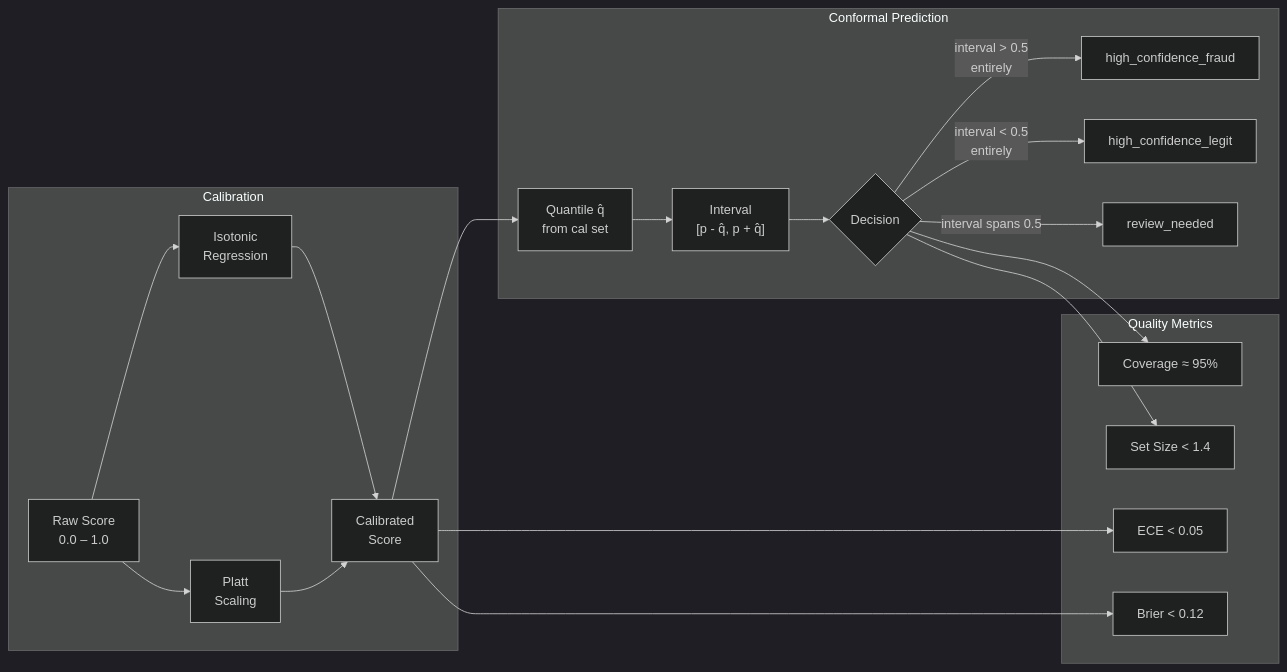
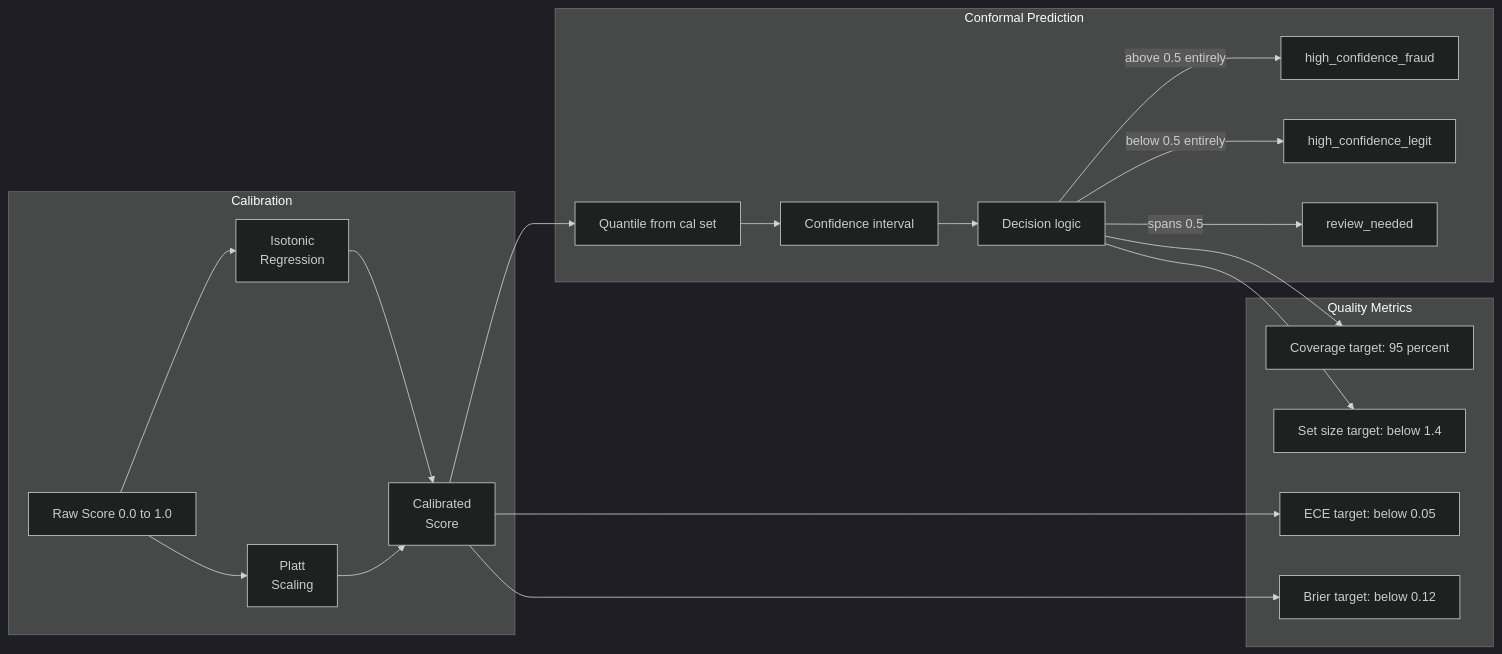
The seventh of 16 diagrams in ARCHITECTURE.md (AngelP17/Rift), drawn with Mermaid (dark theme) before and after one commit. The commit also changed other lines of this file, not shown here.

````diff
--- a/ARCHITECTURE.md
+++ b/ARCHITECTURE.md
@@ -205,25 +261,25 @@
 ```mermaid
 flowchart LR
     subgraph calibration ["Calibration"]
-        RS[Raw Score<br/>0.0 – 1.0] --> ISO[Isotonic<br/>Regression]
+        RS["Raw Score 0.0 to 1.0"] --> ISO[Isotonic<br/>Regression]
         RS --> PL[Platt<br/>Scaling]
         ISO --> CS[Calibrated<br/>Score]
         PL --> CS
     end
 
     subgraph conformal ["Conformal Prediction"]
-        CS --> QH["Quantile q̂<br/>from cal set"]
-        QH --> INT["Interval<br/>[p - q̂, p + q̂]"]
-        INT --> DEC{Decision}
-        DEC -->|"interval > 0.5<br/>entirely"| HCF[high_confidence_fraud]
-        DEC -->|"interval < 0.5<br/>entirely"| HCL[high_confidence_legit]
-        DEC -->|"interval spans 0.5"| RN[review_needed]
+        CS --> QH["Quantile from cal set"]
+        QH --> INT["Confidence interval"]
+        INT --> DEC["Decision logic"]
+        DEC -->|"above 0.5 entirely"| HCF[high_confidence_fraud]
+        DEC -->|"below 0.5 entirely"| HCL[high_confidence_legit]
+        DEC -->|"spans 0.5"| RN[review_needed]
     end
 
     subgraph metrics ["Quality Metrics"]
-        CS --> ECE[ECE < 0.05]
-        CS --> BRIER[Brier < 0.12]
-        DEC --> COV[Coverage ≈ 95%]
-        DEC --> SS[Set Size < 1.4]
+        CS --> ECE["ECE target: below 0.05"]
+        CS --> BRIER["Brier target: below 0.12"]
+        DEC --> COV["Coverage target: 95 percent"]
+        DEC --> SS["Set size target: below 1.4"]
     end
 ```
````
